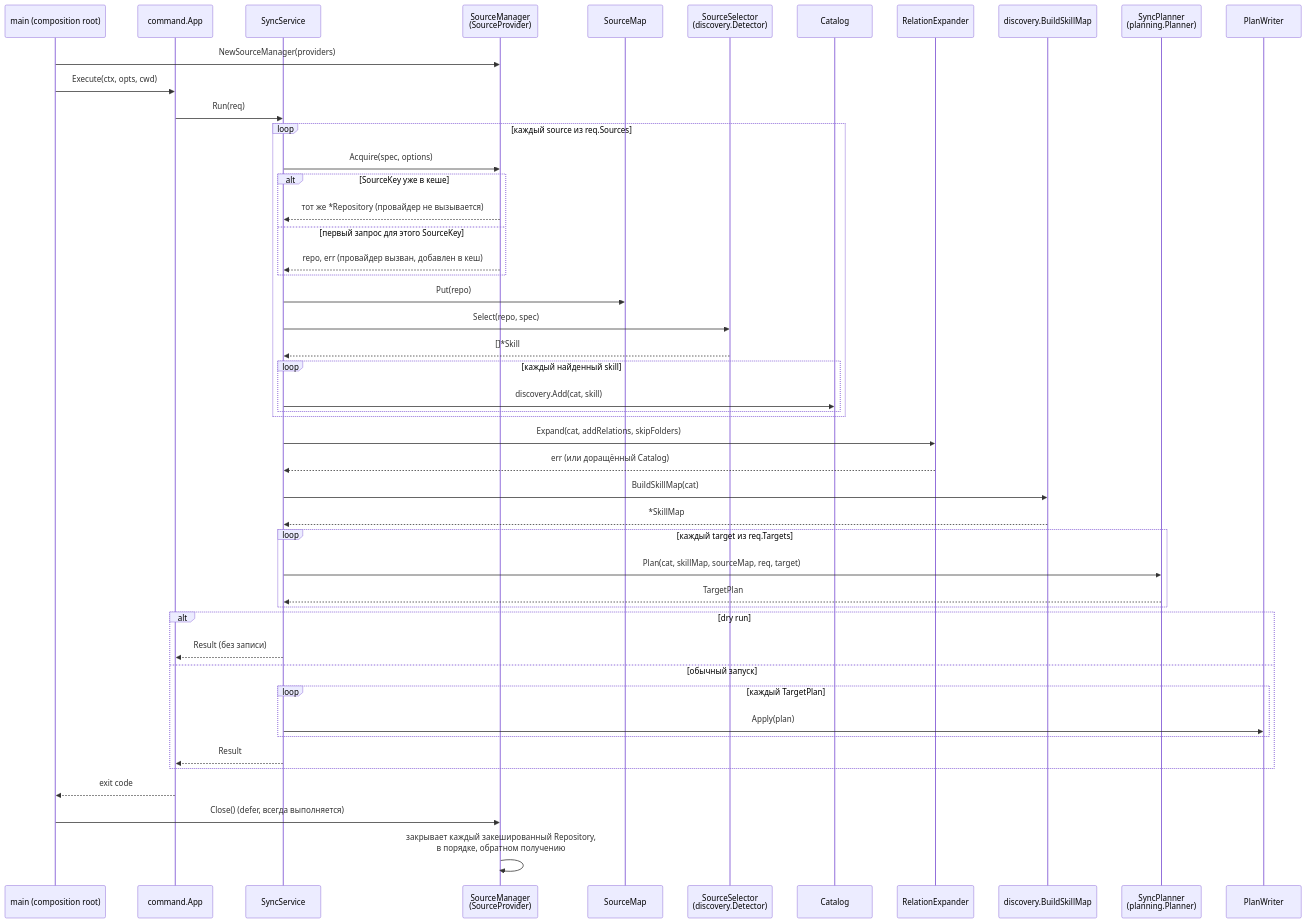
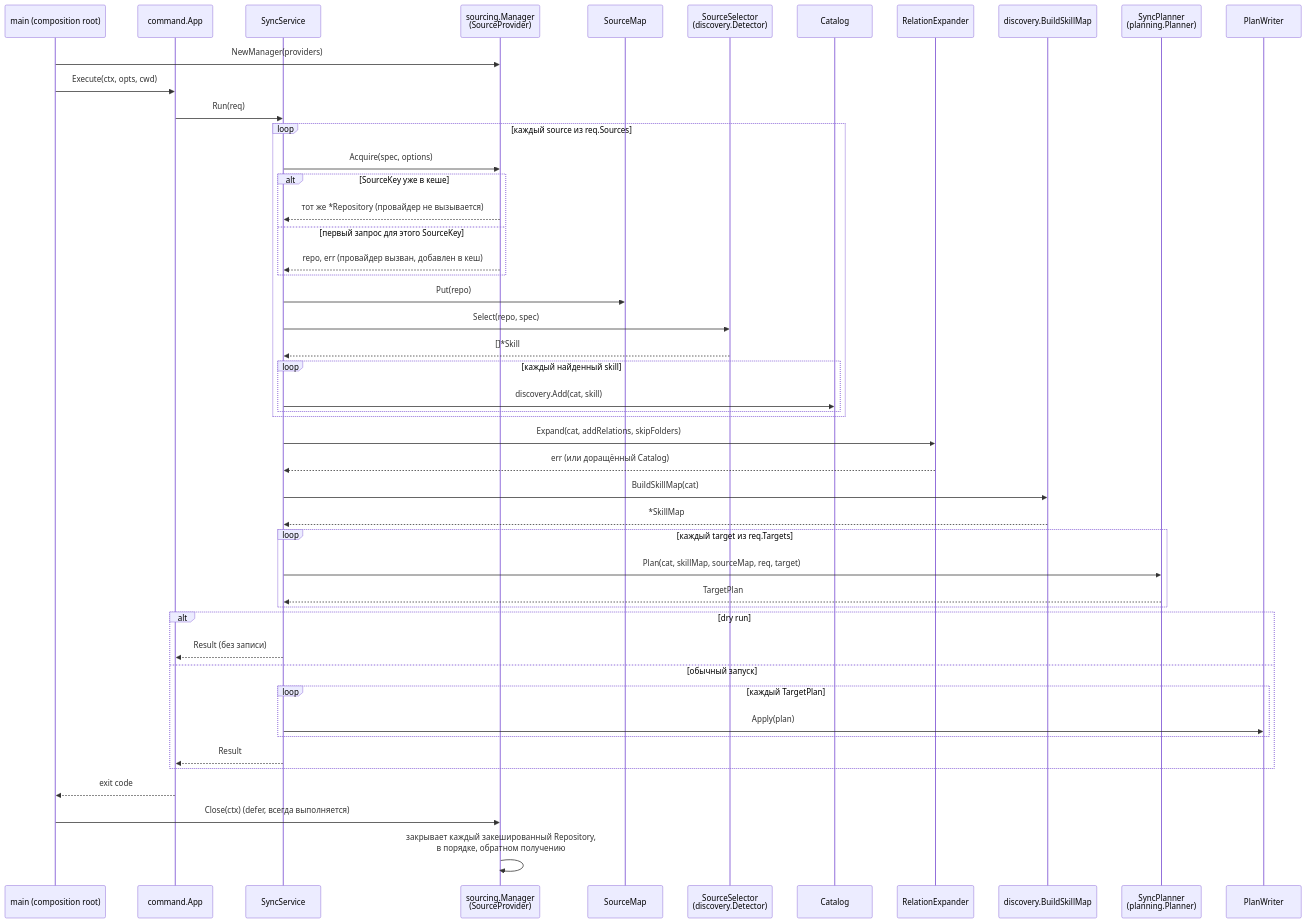
One commit to InsonusK/go-ai-skill-manage changed the first of 3 diagrams in docs/architecture/diagrams.md. Above: the diagram before and after it, drawn with Mermaid. The commit also changed other lines of this file and 17 other files, not shown here.

````diff
--- a/docs/architecture/diagrams.md
+++ b/docs/architecture/diagrams.md
@@ -10,51 +10,51 @@
 ```mermaid
 sequenceDiagram
     participant Main as main (composition root)
     participant CLI as command.App
     participant Sync as SyncService
-    participant Mgr as SourceManager<br/>(SourceProvider)
+    participant Mgr as sourcing.Manager<br/>(SourceProvider)
     participant SrcMap as SourceMap
     participant Det as SourceSelector<br/>(discovery.Detector)
     participant Cat as Catalog
     participant Rel as RelationExpander
     participant SkMap as discovery.BuildSkillMap
     participant Plan as SyncPlanner<br/>(planning.Planner)
     participant Writer as PlanWriter
 
-    Main->>Mgr: NewSourceManager(providers)
+    Main->>Mgr: NewManager(providers)
     Main->>CLI: Execute(ctx, opts, cwd)
     CLI->>Sync: Run(req)
     loop каждый source из req.Sources
         Sync->>Mgr: Acquire(spec, options)
         alt SourceKey уже в кеше
             Mgr-->>Sync: тот же *Repository (провайдер не вызывается)
         else первый запрос для этого SourceKey
             Mgr-->>Sync: repo, err (провайдер вызван, добавлен в кеш)
         end
         Sync->>SrcMap: Put(repo)
         Sync->>Det: Select(repo, spec)
         Det-->>Sync: []*Skill
         loop каждый найденный skill
             Sync->>Cat: discovery.Add(cat, skill)
         end
     end
     Sync->>Rel: Expand(cat, addRelations, skipFolders)
     Rel-->>Sync: err (или доращённый Catalog)
     Sync->>SkMap: BuildSkillMap(cat)
     SkMap-->>Sync: *SkillMap
     loop каждый target из req.Targets
         Sync->>Plan: Plan(cat, skillMap, sourceMap, req, target)
         Plan-->>Sync: TargetPlan
     end
     alt dry run
         Sync-->>CLI: Result (без записи)
     else обычный запуск
         loop каждый TargetPlan
             Sync->>Writer: Apply(plan)
         end
         Sync-->>CLI: Result
     end
     CLI-->>Main: exit code
-    Main->>Mgr: Close() (defer, всегда выполняется)
+    Main->>Mgr: Close(ctx) (defer, всегда выполняется)
     Mgr->>Mgr: закрывает каждый закешированный Repository,<br/>в порядке, обратном получению
 ```
````
